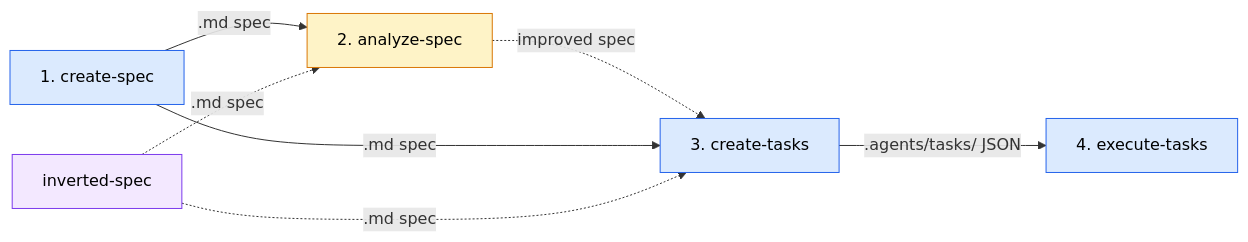
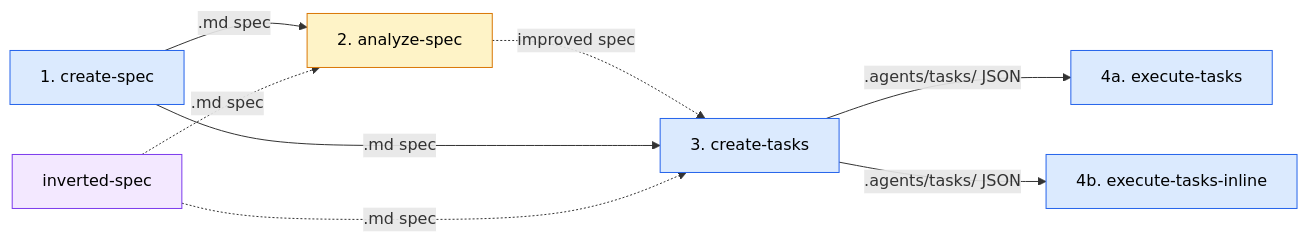
The diagram in plugins/sdd/skills/README.md (sequenzia/agent-tools), drawn with Mermaid before and after one commit. The commit also changed other lines of this file and 7 other files, not shown here.

First line of the commit message:
feat(sdd): split execute-tasks into subagent and inline variants

````diff
--- a/plugins/sdd/skills/README.md
+++ b/plugins/sdd/skills/README.md
@@ -15,13 +15,14 @@
 ```mermaid
 flowchart LR
     CS["1. create-spec"]:::primary -->|".md spec"| AS["2. analyze-spec"]:::warning
     AS -.->|"improved spec"| CT["3. create-tasks"]:::primary
     CS -->|".md spec"| CT
-    CT -->|".agents/tasks/ JSON"| ET["4. execute-tasks"]:::primary
+    CT -->|".agents/tasks/ JSON"| ET["4a. execute-tasks"]:::primary
+    CT -->|".agents/tasks/ JSON"| ETI["4b. execute-tasks-inline"]:::primary
     IS["inverted-spec"]:::supplementary -.->|".md spec"| AS
     IS -.->|".md spec"| CT
 
     classDef primary fill:#dbeafe,stroke:#2563eb,color:#000
     classDef warning fill:#fef3c7,stroke:#d97706,color:#000
     classDef supplementary fill:#f3e8ff,stroke:#7c3aed,color:#000
 ```
````
